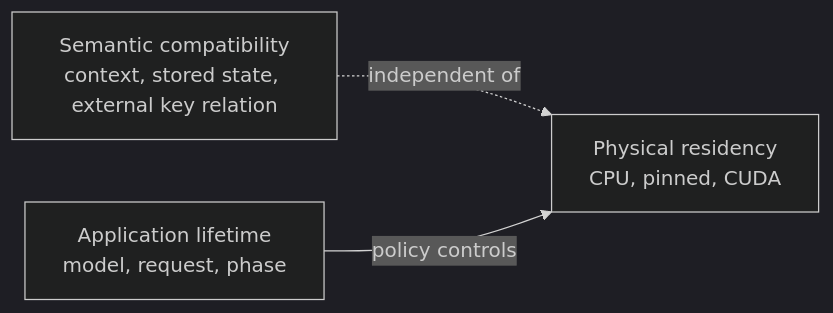
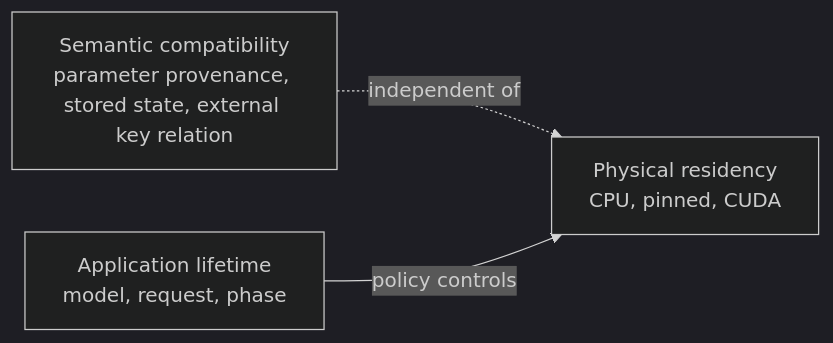
One commit to visualDust/fhelium changed the third of 3 diagrams in docs/concepts/architecture/ownership-and-responsibilities.md. Above: the diagram before and after it, drawn with Mermaid (dark theme). The commit also changed other lines of this file and 612 other files, not shown here.

Commit message:
Introduce several architecture changes and support Windows native build

````diff
--- a/docs/concepts/architecture/ownership-and-responsibilities.md
+++ b/docs/concepts/architecture/ownership-and-responsibilities.md
@@ -121,8 +122,8 @@
 ```mermaid
 graph LR
-    SEM[Semantic compatibility<br/>context, stored state, external key relation]
+    SEM[Semantic compatibility<br/>parameter provenance, stored state, external key relation]
     RES[Physical residency<br/>CPU, pinned, CUDA]
     LIFE[Application lifetime<br/>model, request, phase]
     SEM -. independent of .-> RES
     LIFE -->|policy controls| RES
 ```
````
